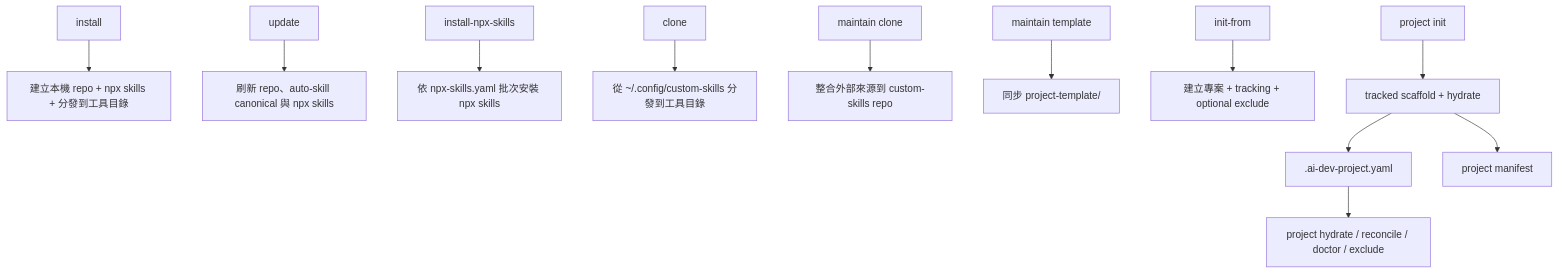
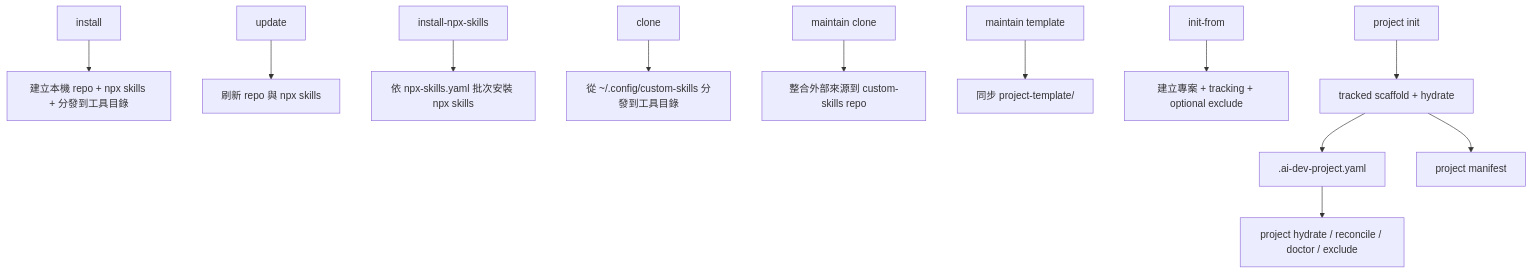
Before and after one commit to ValorVie/custom-skills: the second of 2 diagrams in docs/ai-dev指令與資料流參考.md, drawn with Mermaid. The commit also changed other lines of this file and 83 other files, not shown here.

Commit message:
refactor: retire auto-skill

````diff
--- a/docs/ai-dev指令與資料流參考.md
+++ b/docs/ai-dev指令與資料流參考.md
@@ -483,14 +479,14 @@
 ```mermaid
 flowchart TD
     A["install"] --> B["建立本機 repo + npx skills + 分發到工具目錄"]
-    C["update"] --> D["刷新 repo、auto-skill canonical 與 npx skills"]
+    C["update"] --> D["刷新 repo 與 npx skills"]
     R["install-npx-skills"] --> S["依 npx-skills.yaml 批次安裝 npx skills"]
     E["clone"] --> F["從 ~/.config/custom-skills 分發到工具目錄"]
     G["maintain clone"] --> H["整合外部來源到 custom-skills repo"]
     I["maintain template"] --> J["同步 project-template/"]
     K["init-from"] --> L["建立專案 + tracking + optional exclude"]
     M["project init"] --> N["tracked scaffold + hydrate"]
     N --> O[".ai-dev-project.yaml"]
     N --> P["project manifest"]
     O --> Q["project hydrate / reconcile / doctor / exclude"]
 ```
````
